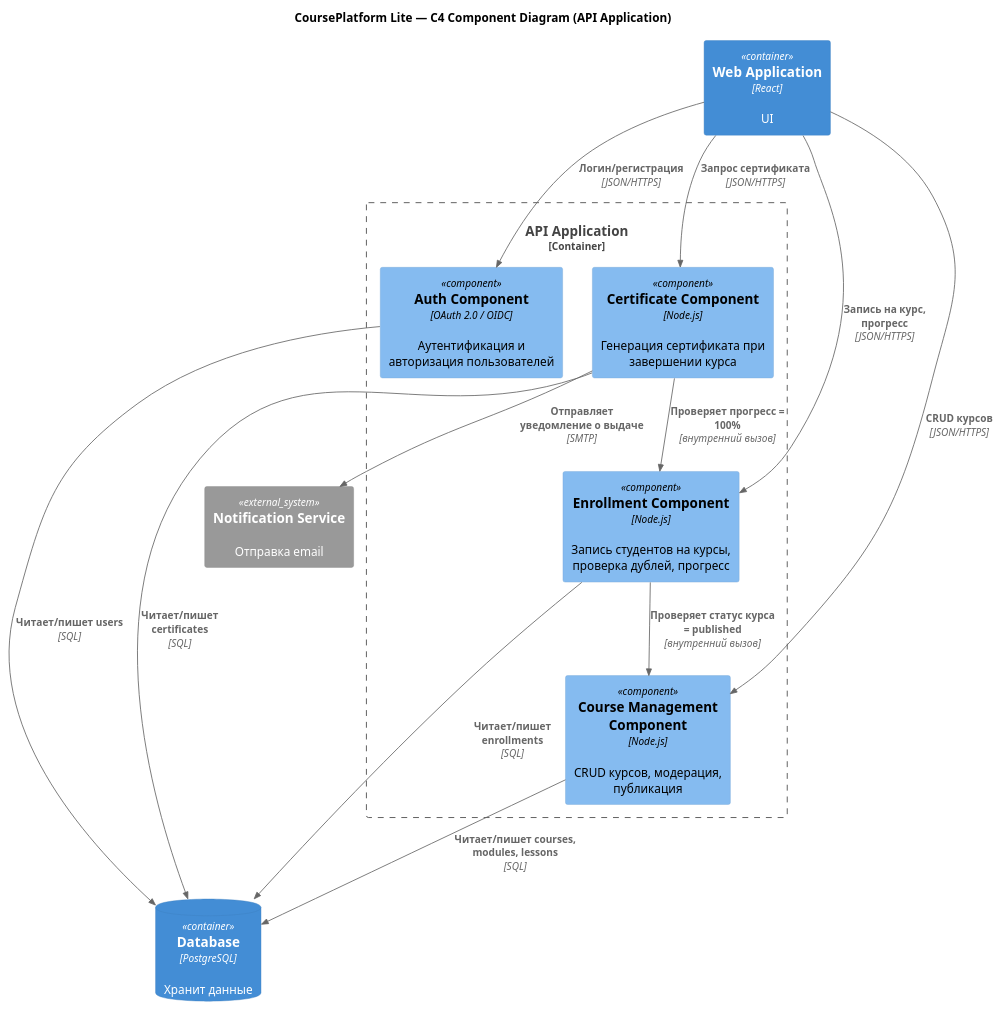
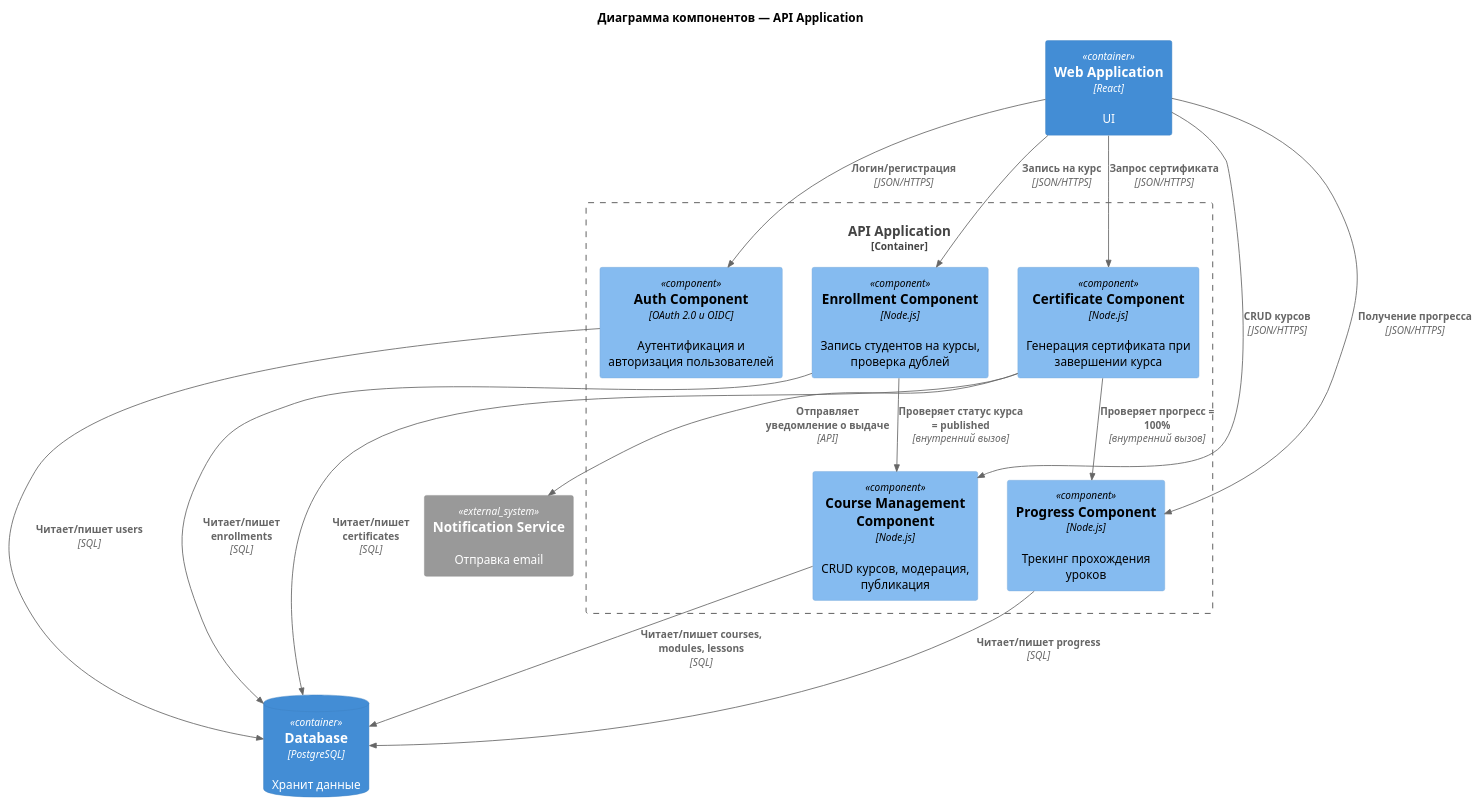
Before and after one commit to VYAZKOV17/CoursePlatform: the diagram in 03_C4/Component.puml, drawn with PlantUML.

```diff
--- a/03_C4/Component.puml
+++ b/03_C4/Component.puml
@@ -1,30 +1,32 @@
 @startuml
-title "CoursePlatform Lite — C4 Component Diagram (API Application)"
+title "Диаграмма компонентов — API Application"
 !include https://raw.githubusercontent.com/plantuml-stdlib/C4-PlantUML/master/C4_Component.puml
 
 Container(web, "Web Application", "React", "UI")
 ContainerDb(db, "Database", "PostgreSQL", "Хранит данные")
 System_Ext(notify, "Notification Service", "Отправка email")
 
 Container_Boundary(api, "API Application") {
-  Component(auth, "Auth Component", "OAuth 2.0 / OIDC", "Аутентификация и авторизация пользователей")
+  Component(auth, "Auth Component", "OAuth 2.0 и OIDC", "Аутентификация и авторизация пользователей")
   Component(course, "Course Management Component", "Node.js", "CRUD курсов, модерация, публикация")
-  Component(enrollment, "Enrollment Component", "Node.js", "Запись студентов на курсы, проверка дублей, прогресс")
+  Component(enrollment, "Enrollment Component", "Node.js", "Запись студентов на курсы, проверка дублей")
+  Component(progress, "Progress Component", "Node.js", "Трекинг прохождения уроков")
   Component(certificate, "Certificate Component", "Node.js", "Генерация сертификата при завершении курса")
 }
 
 Rel(web, auth, "Логин/регистрация", "JSON/HTTPS")
 Rel(web, course, "CRUD курсов", "JSON/HTTPS")
-Rel(web, enrollment, "Запись на курс, прогресс", "JSON/HTTPS")
+Rel(web, enrollment, "Запись на курс", "JSON/HTTPS")
+Rel(web, progress, "Получение прогресса", "JSON/HTTPS")
 Rel(web, certificate, "Запрос сертификата", "JSON/HTTPS")
 
-Rel(certificate, enrollment, "Проверяет прогресс = 100%", "внутренний вызов")
+Rel(certificate, progress, "Проверяет прогресс = 100%", "внутренний вызов")
 Rel(enrollment, course, "Проверяет статус курса = published", "внутренний вызов")
-Rel(certificate, notify, "Отправляет уведомление о выдаче", "SMTP")
+Rel(certificate, notify, "Отправляет уведомление о выдаче", "API")
 
 Rel(auth, db, "Читает/пишет users", "SQL")
 Rel(course, db, "Читает/пишет courses, modules, lessons", "SQL")
 Rel(enrollment, db, "Читает/пишет enrollments", "SQL")
+Rel(progress, db, "Читает/пишет progress", "SQL")
 Rel(certificate, db, "Читает/пишет certificates", "SQL")
-
 @enduml
```
